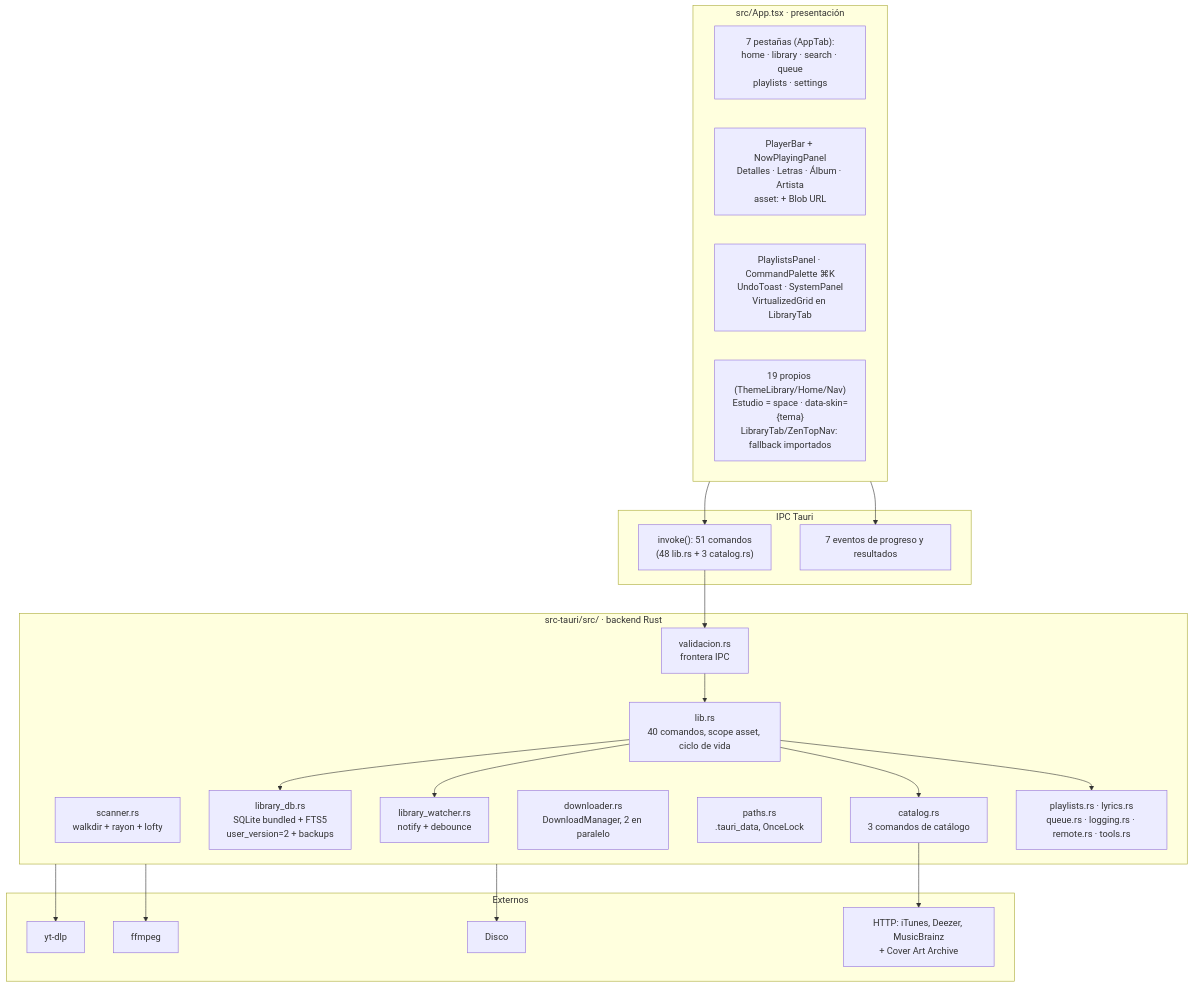
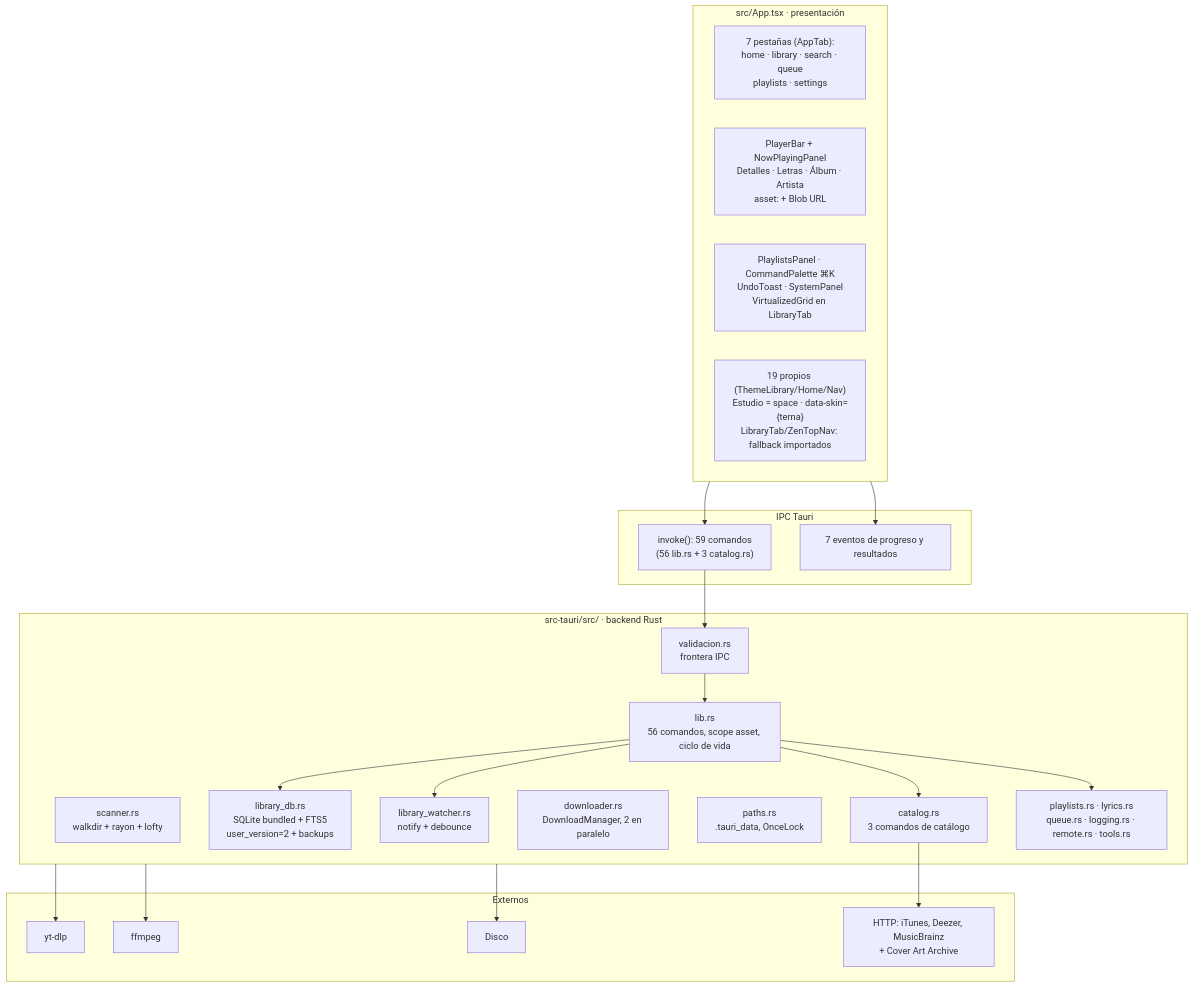
Before and after one commit to YordanoCS1/sakura-music: the second of 5 diagrams in docs/arquitectura.md, drawn with Mermaid. The commit also changed other lines of this file and 13 other files, not shown here.

````diff
--- a/docs/arquitectura.md
+++ b/docs/arquitectura.md
@@ -28,46 +28,46 @@
 ```mermaid
 flowchart TB
     subgraph UI["src/App.tsx · presentación"]
         TABS["7 pestañas (AppTab):<br/>home · library · search · queue<br/>playlists · settings"]
         PLAYER["PlayerBar + NowPlayingPanel<br/>Detalles · Letras · Álbum · Artista<br/>asset: + Blob URL"]
         PANEL["PlaylistsPanel · CommandPalette ⌘K<br/>UndoToast · SystemPanel<br/>VirtualizedGrid en LibraryTab"]
         THEME["19 propios (ThemeLibrary/Home/Nav)<br/>Estudio = space · data-skin={tema}<br/>LibraryTab/ZenTopNav: fallback importados"]
     end
 
     subgraph IPC["IPC Tauri"]
-        CMD["invoke(): 51 comandos<br/>(48 lib.rs + 3 catalog.rs)"]
+        CMD["invoke(): 59 comandos<br/>(56 lib.rs + 3 catalog.rs)"]
         EVT["7 eventos de progreso y resultados"]
     end
 
     subgraph CORE["src-tauri/src/ · backend Rust"]
         SCAN["scanner.rs<br/>walkdir + rayon + lofty"]
         DB["library_db.rs<br/>SQLite bundled + FTS5<br/>user_version=2 + backups"]
         WATCH["library_watcher.rs<br/>notify + debounce"]
         DL["downloader.rs<br/>DownloadManager, 2 en paralelo"]
         PATH["paths.rs<br/>.tauri_data, OnceLock"]
-        LIB["lib.rs<br/>40 comandos, scope asset, ciclo de vida"]
+        LIB["lib.rs<br/>56 comandos, scope asset, ciclo de vida"]
         CATALOG["catalog.rs<br/>3 comandos de catálogo"]
         VAL["validacion.rs<br/>frontera IPC"]
         PL["playlists.rs · lyrics.rs<br/>queue.rs · logging.rs · remote.rs · tools.rs"]
     end
 
     subgraph EXT["Externos"]
         YTDLP["yt-dlp"]
         FFMPEG["ffmpeg"]
         NET["HTTP: iTunes, Deezer, MusicBrainz<br/>+ Cover Art Archive"]
         DISK["Disco"]
     end
 
     UI --> CMD
     UI --> EVT
     CMD --> VAL
     VAL --> LIB
     LIB --> DB
     LIB --> WATCH
     LIB --> CATALOG
     LIB --> PL
     CORE --> YTDLP
     CORE --> FFMPEG
     CATALOG --> NET
     CORE --> DISK
 ```
````
